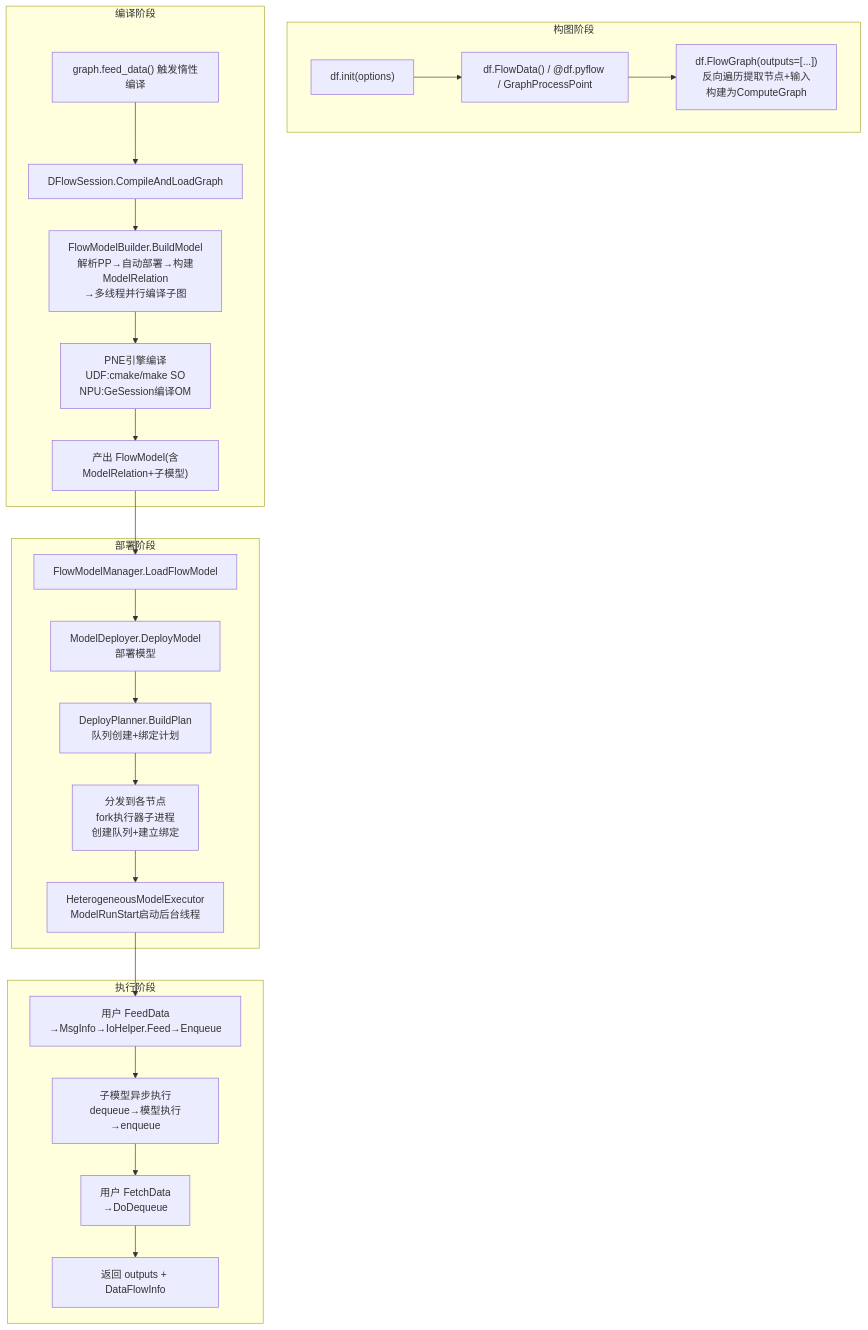
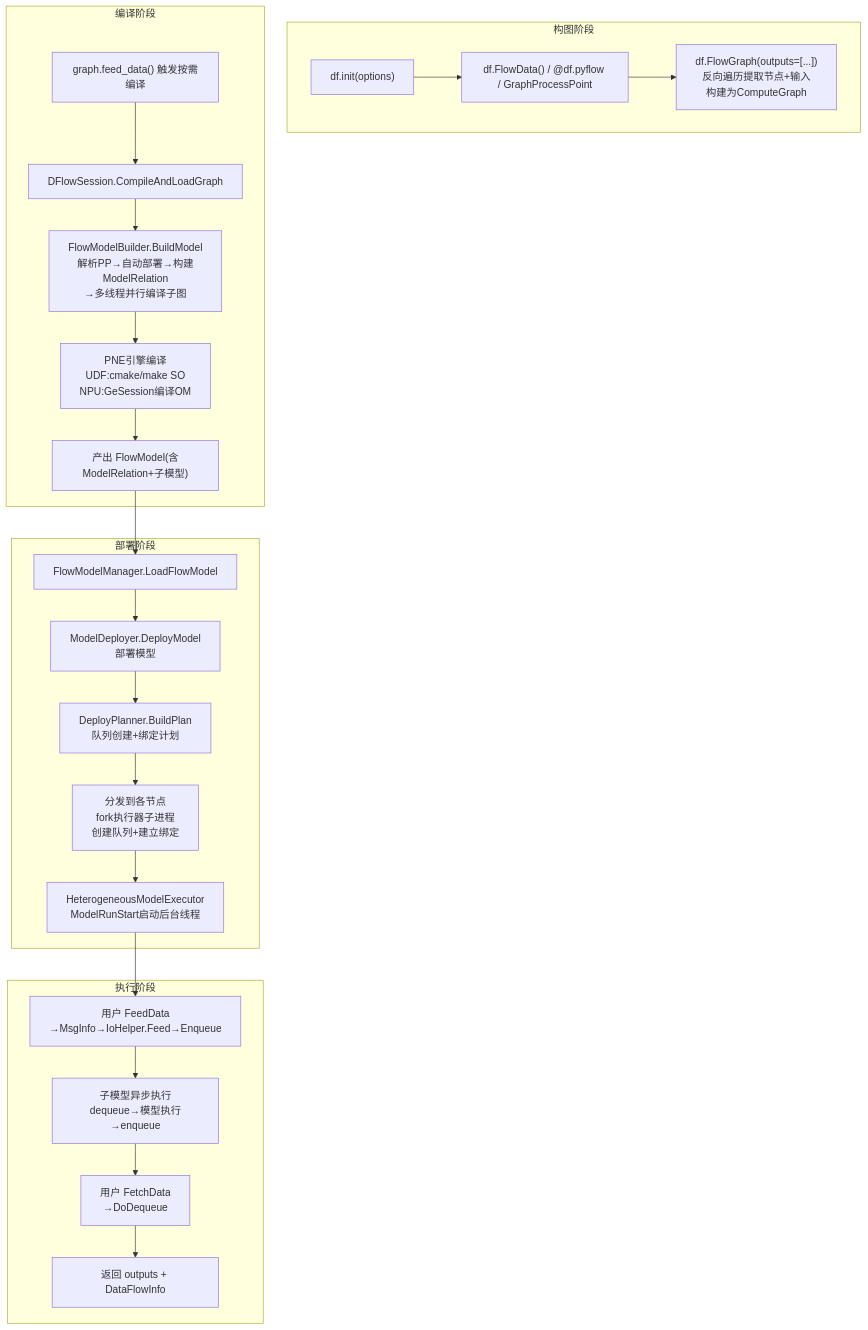
Before and after one commit to hicann/ge: the tenth of 10 diagrams in docs/zh/design/modules/dflow/dflow.md, drawn with Mermaid. The commit also changed other lines of this file and 1 other file, not shown here.

First paragraph of the commit message:
docs: 补充dflow部署流程入口衔接与全流程时序图

````diff
--- a/docs/zh/design/modules/dflow/dflow.md
+++ b/docs/zh/design/modules/dflow/dflow.md
@@ -742,26 +771,26 @@
 ```mermaid
 flowchart TD
     subgraph 构图阶段
         A1["df.init(options)"] --> A2["df.FlowData() / @df.pyflow / GraphProcessPoint"]
         A2 --> A3["df.FlowGraph(outputs=[...])<br/>反向遍历提取节点+输入<br/>构建为ComputeGraph"]
     end
     subgraph 编译阶段
-        B1["graph.feed_data() 触发惰性编译"] --> B2["DFlowSession.CompileAndLoadGraph"]
+        B1["graph.feed_data() 触发按需编译"] --> B2["DFlowSession.CompileAndLoadGraph"]
         B2 --> B3["FlowModelBuilder.BuildModel<br/>解析PP→自动部署→构建ModelRelation<br/>→多线程并行编译子图"]
         B3 --> B4["PNE引擎编译<br/>UDF:cmake/make SO<br/>NPU:GeSession编译OM"]
         B4 --> B5["产出 FlowModel(含ModelRelation+子模型)"]
     end
     subgraph 部署阶段
         B5 --> C1["FlowModelManager.LoadFlowModel"]
         C1 --> C2["ModelDeployer.DeployModel<br/>部署模型"]
         C2 --> C3["DeployPlanner.BuildPlan<br/>队列创建+绑定计划"]
         C3 --> C4["分发到各节点<br/>fork执行器子进程<br/>创建队列+建立绑定"]
         C4 --> C5["HeterogeneousModelExecutor<br/>ModelRunStart启动后台线程"]
     end
     subgraph 执行阶段
         C5 --> D1["用户 FeedData<br/>→MsgInfo→IoHelper.Feed→Enqueue"]
         D1 --> D2["子模型异步执行<br/>dequeue→模型执行→enqueue"]
         D2 --> D3["用户 FetchData<br/>→DoDequeue"]
         D3 --> D4["返回 outputs + DataFlowInfo"]
     end
 ```
````
